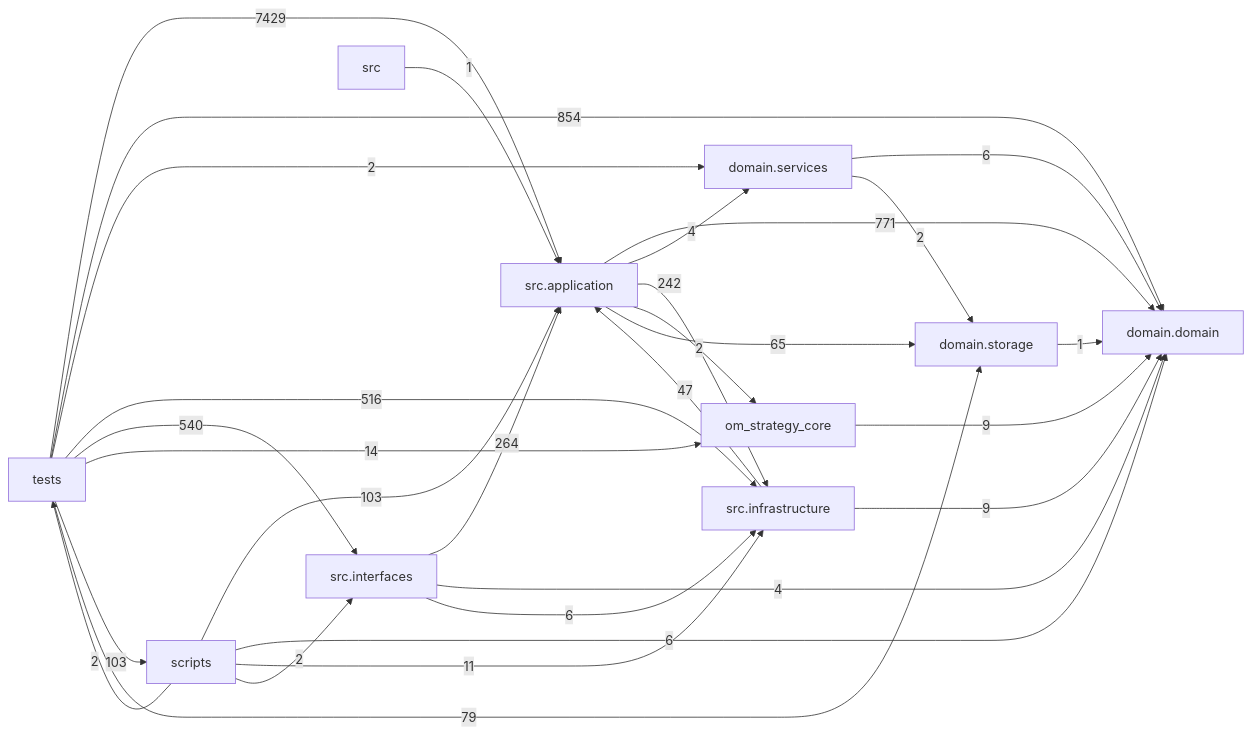
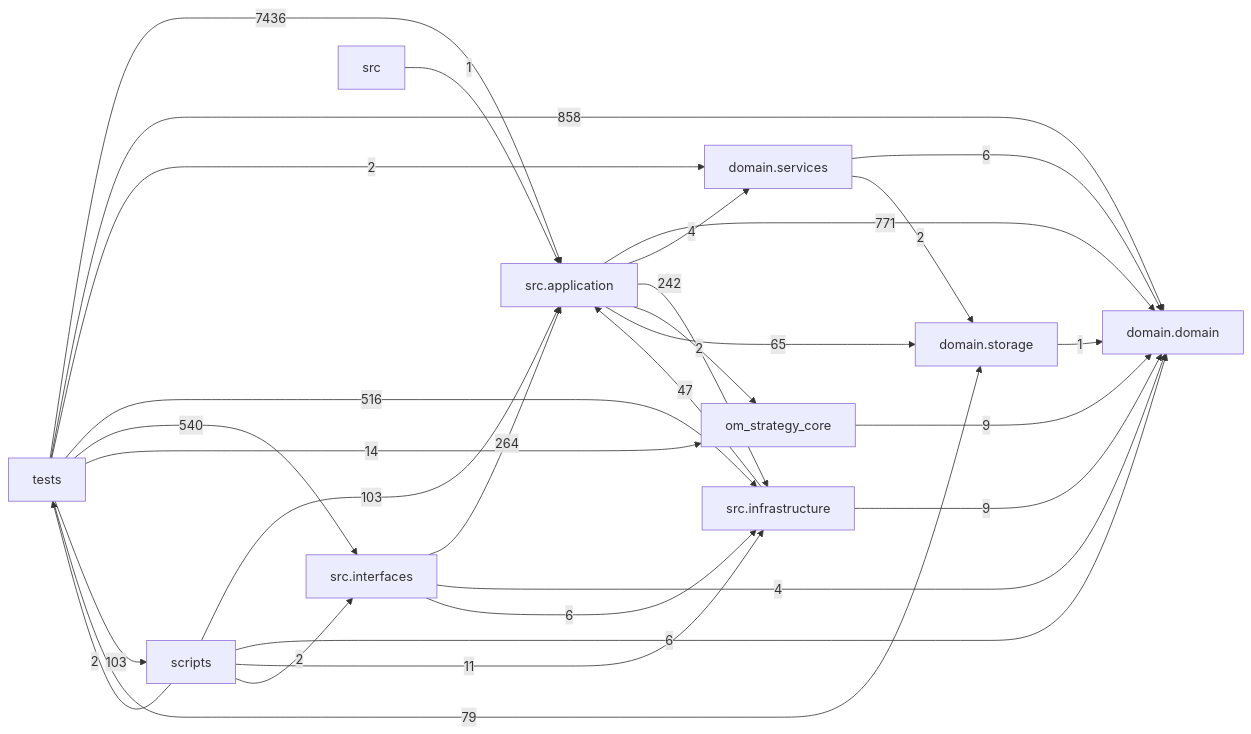
One commit to liuxie066/options-monitor changed the diagram in docs/DEPENDENCY_GRAPH.md. Above: the diagram before and after it, drawn with Mermaid. The commit also changed other lines of this file and 28 other files, not shown here.

````diff
--- a/docs/DEPENDENCY_GRAPH.md
+++ b/docs/DEPENDENCY_GRAPH.md
@@ -24,39 +24,39 @@
 ```mermaid
 flowchart LR
   tests["tests"]
   scripts["scripts"]
   interfaces["src.interfaces"]
   application["src.application"]
   infrastructure["src.infrastructure"]
   domain_services["domain.services"]
   domain["domain.domain"]
   storage["domain.storage"]
   application -->|771| domain
   application -->|4| domain_services
   application -->|242| infrastructure
   application -->|2| om_strategy_core
   application -->|65| storage
   domain_services -->|6| domain
   domain_services -->|2| storage
   infrastructure -->|47| application
   infrastructure -->|9| domain
   interfaces -->|264| application
   interfaces -->|4| domain
   interfaces -->|6| infrastructure
   om_strategy_core -->|9| domain
   scripts -->|103| application
   scripts -->|6| domain
   scripts -->|11| infrastructure
   scripts -->|2| interfaces
   scripts -->|2| tests
   src -->|1| application
   storage -->|1| domain
-  tests -->|7429| application
-  tests -->|854| domain
+  tests -->|7436| application
+  tests -->|858| domain
   tests -->|2| domain_services
   tests -->|516| infrastructure
   tests -->|540| interfaces
   tests -->|14| om_strategy_core
   tests -->|103| scripts
   tests -->|79| storage
 ```
````
